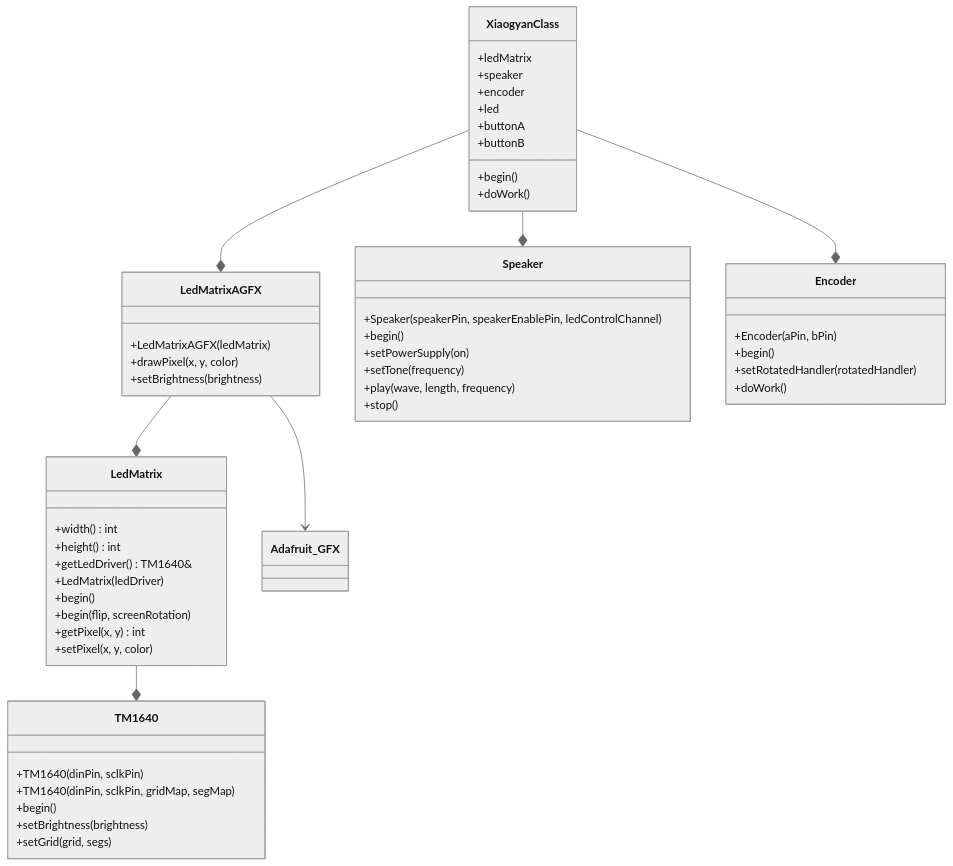
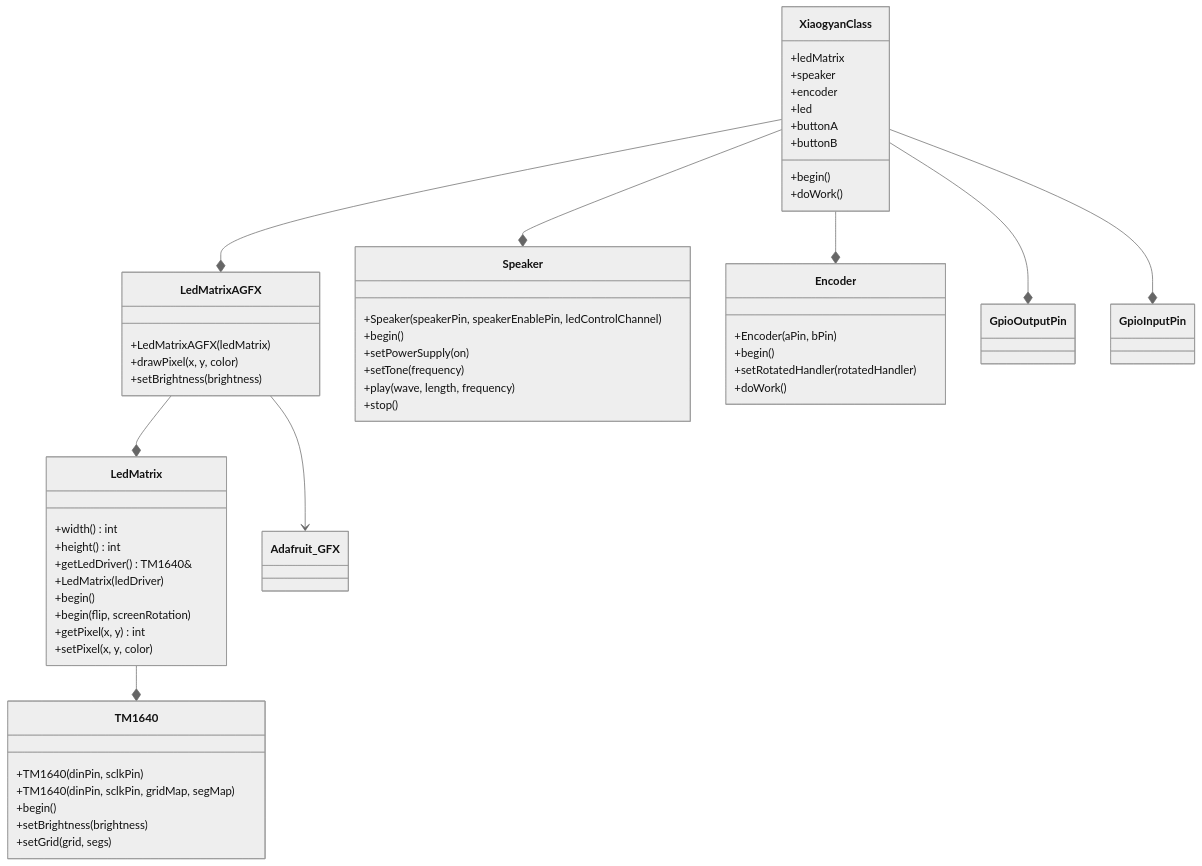
The diagram in README.md (y-ohe/xiaogyan_arduino), drawn with Mermaid (neutral theme) before and after one commit.

Commit message:
README追記

````diff
--- a/README.md
+++ b/README.md
@@ -5,65 +5,67 @@
 ```mermaid
 classDiagram
 
     class XiaogyanClass {
         +ledMatrix
         +speaker
         +encoder
         +led
         +buttonA
         +buttonB
         +begin()
         +doWork()
     }
 
     XiaogyanClass --* LedMatrixAGFX
     XiaogyanClass --* Speaker
     XiaogyanClass --* Encoder
+    XiaogyanClass --* GpioOutputPin
+    XiaogyanClass --* GpioInputPin
 
     class TM1640 {
         +TM1640(dinPin, sclkPin)
         +TM1640(dinPin, sclkPin, gridMap, segMap)
         +begin()
         +setBrightness(brightness)
         +setGrid(grid, segs)
     }
 
     class LedMatrix {
         +width() int
         +height() int
         +getLedDriver() TM1640&
 
         +LedMatrix(ledDriver)
         +begin()
         +begin(flip, screenRotation)
         +getPixel(x, y) int
         +setPixel(x, y, color)
     }
 
     class LedMatrixAGFX {
         +LedMatrixAGFX(ledMatrix)
         +drawPixel(x, y, color)
         +setBrightness(brightness)
     }
 
     LedMatrixAGFX --> Adafruit_GFX
     LedMatrixAGFX --* LedMatrix
     LedMatrix --* TM1640
 
     class Speaker {
         +Speaker(speakerPin, speakerEnablePin, ledControlChannel)
         +begin()
         +setPowerSupply(on)
         +setTone(frequency)
         +play(wave, length, frequency)
         +stop()
     }
 
     class Encoder {
         +Encoder(aPin, bPin)
         +begin()
         +setRotatedHandler(rotatedHandler)
         +doWork()
     }
 
 ```
````
